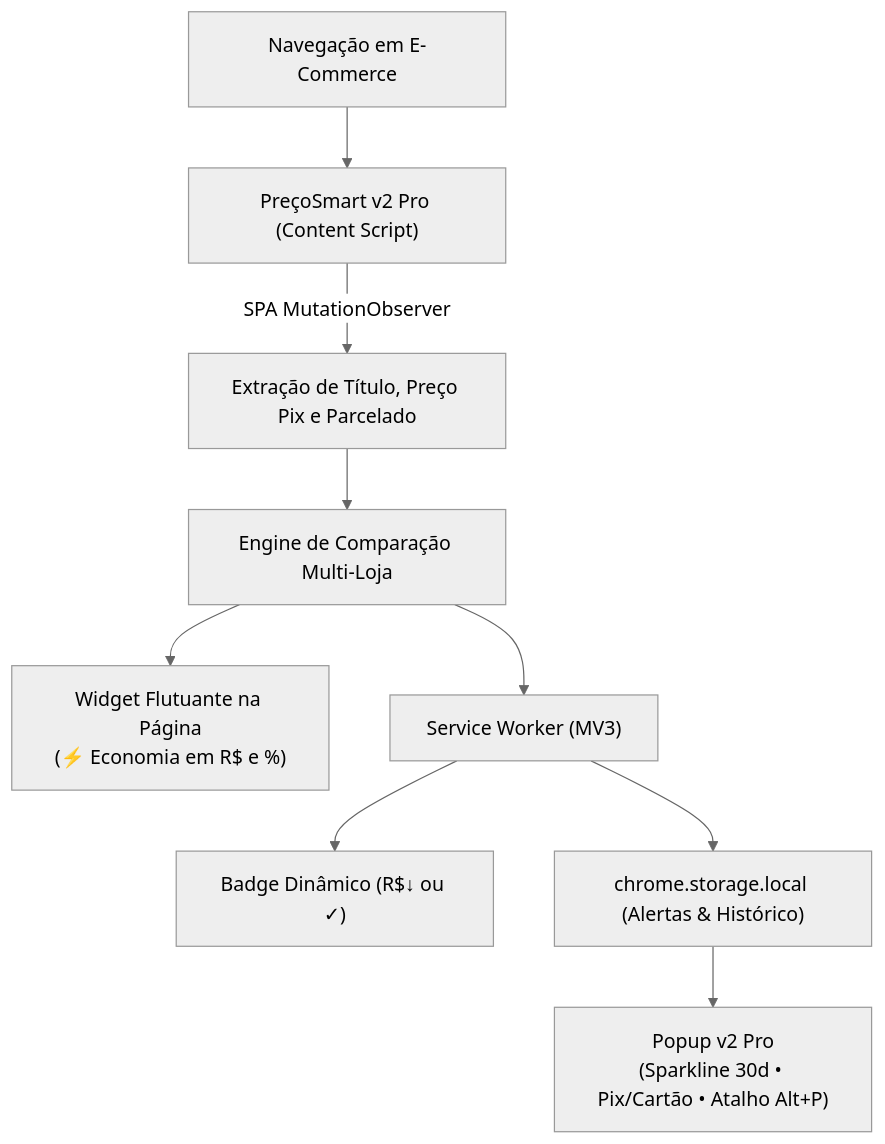
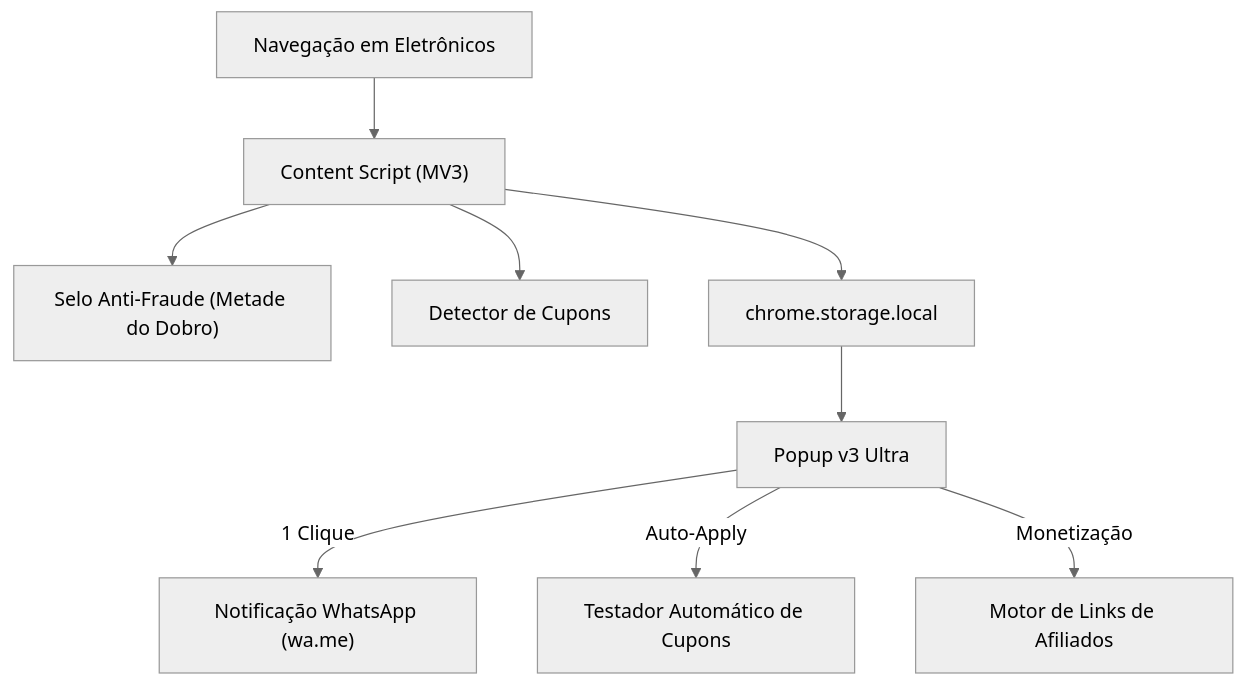
Before and after one commit to twazevedo/precosmart-extensao: the diagram in README.md, drawn with Mermaid (neutral theme). The commit also changed other lines of this file and 7 other files, not shown here.

Commit message:
feat: lancamento PrecoSmart v3.0 ULTRA com Cupons, Anti-Fraude, Frete, WhatsApp e Afiliados

````diff
--- a/README.md
+++ b/README.md
@@ -50,11 +58,11 @@
 ```mermaid
 flowchart TD
-    User["Navegação em E-Commerce"] --> Ext["PreçoSmart v2 Pro (Content Script)"]
-    Ext -->|SPA MutationObserver| DOM["Extração de Título, Preço Pix e Parcelado"]
-    DOM --> Matcher["Engine de Comparação Multi-Loja"]
-    Matcher --> Widget["Widget Flutuante na Página\n(⚡ Economia em R$ e %)"]
-    Matcher --> SW["Service Worker (MV3)"]
-    SW --> Badge["Badge Dinâmico (R$↓ ou ✓)"]
-    SW --> Storage["chrome.storage.local (Alertas & Histórico)"]
-    Storage --> Popup["Popup v2 Pro\n(Sparkline 30d • Pix/Cartão • Atalho Alt+P)"]
+    User["Navegação em Eletrônicos"] --> Content["Content Script (MV3)"]
+    Content --> Audit["Selo Anti-Fraude (Metade do Dobro)"]
+    Content --> Coupon["Detector de Cupons"]
+    Content --> Storage["chrome.storage.local"]
+    Storage --> Popup["Popup v3 Ultra"]
+    Popup -->|1 Clique| WA["Notificação WhatsApp (wa.me)"]
+    Popup -->|Auto-Apply| Tester["Testador Automático de Cupons"]
+    Popup -->|Monetização| Aff["Motor de Links de Afiliados"]
 ```
````
